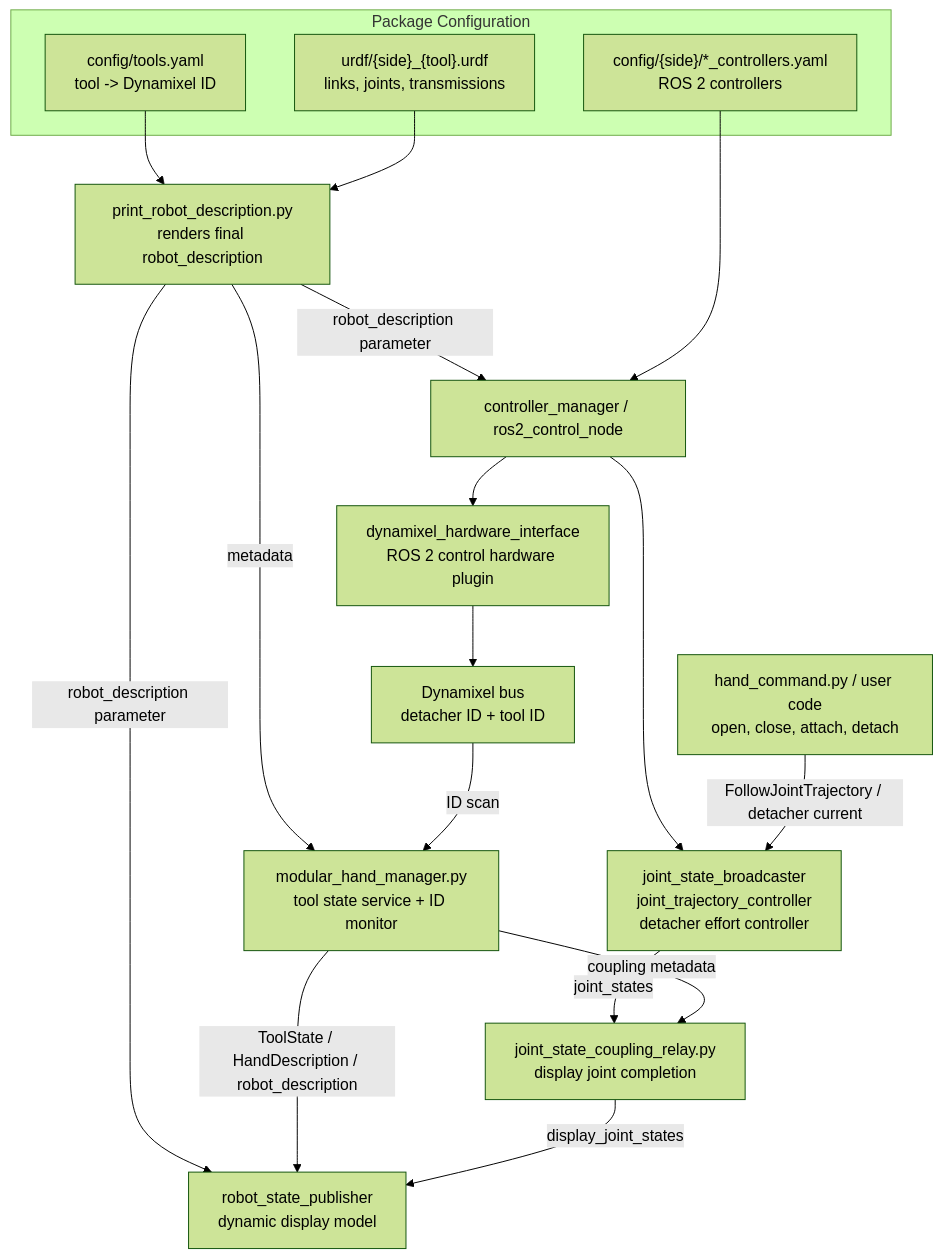
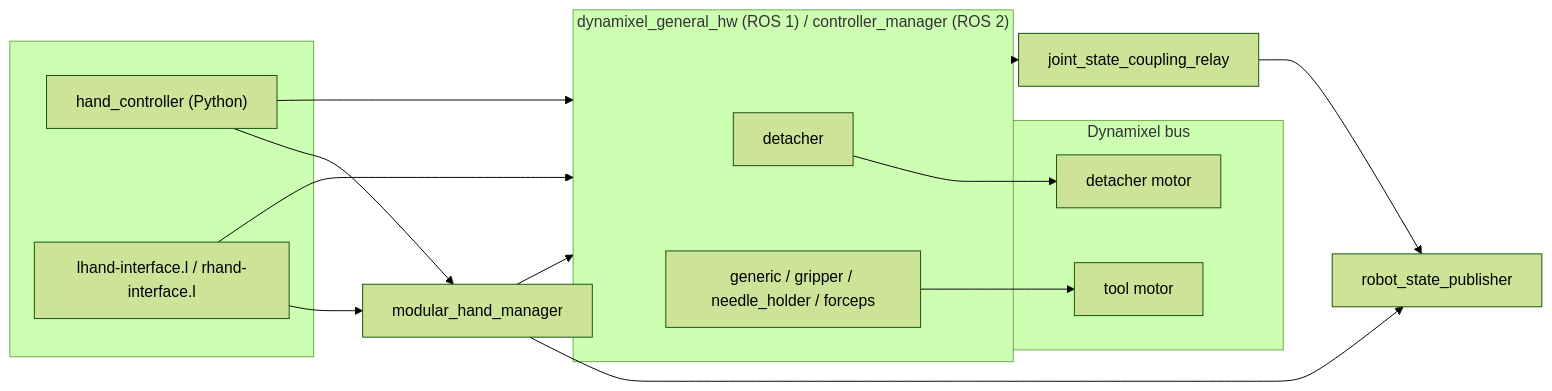
One commit to jsk-ros-pkg/jsk_robot changed the diagram in jsk_hand/dynamixel_detachable_hand/README.md. Above: the diagram before and after it, drawn with Mermaid (forest theme). The commit also changed other lines of this file, not shown here.

Commit message:
Rewrite dynamixel_detachable_hand README for usage

````diff
--- a/jsk_hand/dynamixel_detachable_hand/README.md
+++ b/jsk_hand/dynamixel_detachable_hand/README.md
@@ -22,35 +5,28 @@
 ```mermaid
-flowchart TB
-  subgraph Config["Package Configuration"]
-    Tools["config/tools.yaml<br/>tool -> Dynamixel ID"]
-    SourceURDF["urdf/{side}_{tool}.urdf<br/>links, joints, transmissions"]
-    Controllers["config/{side}/*_controllers.yaml<br/>ROS 2 controllers"]
+flowchart LR
+  subgraph User[" "]
+    Py["hand_controller (Python)"]
+    Eus["lhand-interface.l / rhand-interface.l"]
+  end
+  Manager["modular_hand_manager"]
+  subgraph Control["dynamixel_general_hw (ROS 1) / controller_manager (ROS 2)"]
+    Detacher["detacher"]
+    Tools["generic / gripper / needle_holder / forceps"]
+  end
+  Relay["joint_state_coupling_relay"]
+  RSP["robot_state_publisher"]
+  subgraph Bus["Dynamixel bus"]
+    M0["detacher motor"]
+    M1["tool motor"]
   end
 
-  Renderer["print_robot_description.py<br/>renders final robot_description"]
-  Manager["modular_hand_manager.py<br/>tool state service + ID monitor"]
-  Coupling["joint_state_coupling_relay.py<br/>display joint completion"]
-
-  RSP["robot_state_publisher<br/>dynamic display model"]
-  CM["controller_manager / ros2_control_node"]
-  HW["dynamixel_hardware_interface<br/>ROS 2 control hardware plugin"]
-  Motors["Dynamixel bus<br/>detacher ID + tool ID"]
-  ControllersRun["joint_state_broadcaster<br/>joint_trajectory_controller<br/>detacher effort controller"]
-  Client["hand_command.py / user code<br/>open, close, attach, detach"]
-
-  Tools --> Renderer
-  SourceURDF --> Renderer
-  Renderer -->|"robot_description parameter"| RSP
-  Renderer -->|"robot_description parameter"| CM
-  Renderer -->|"metadata"| Manager
-  Controllers --> CM
-  CM --> HW
-  HW --> Motors
-  CM --> ControllersRun
-  Motors -->|"ID scan"| Manager
-  Manager -->|"ToolState / HandDescription / robot_description"| RSP
-  ControllersRun -->|"joint_states"| Coupling
-  Manager -->|"coupling metadata"| Coupling
-  Coupling -->|"display_joint_states"| RSP
-  Client -->|"FollowJointTrajectory / detacher current"| ControllersRun
+  Py --> Manager
+  Eus --> Manager
+  Py --> Control
+  Eus --> Control
+  Manager --> Control
+  Manager --> RSP
+  Detacher --> M0
+  Tools --> M1
+  Control --> Relay --> RSP
 ```
````
